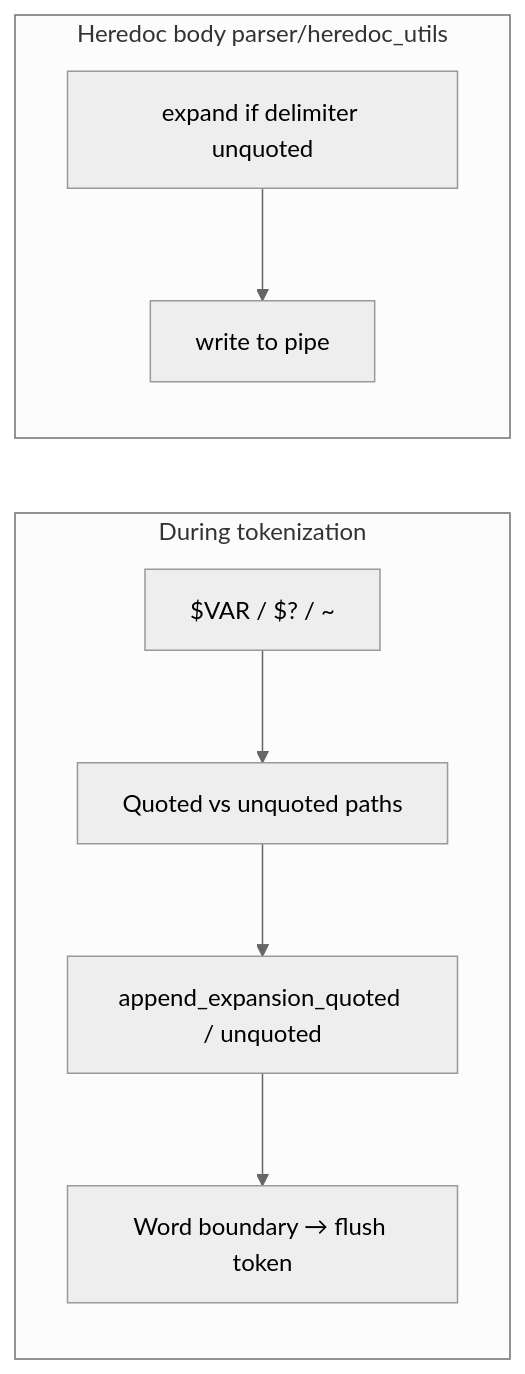
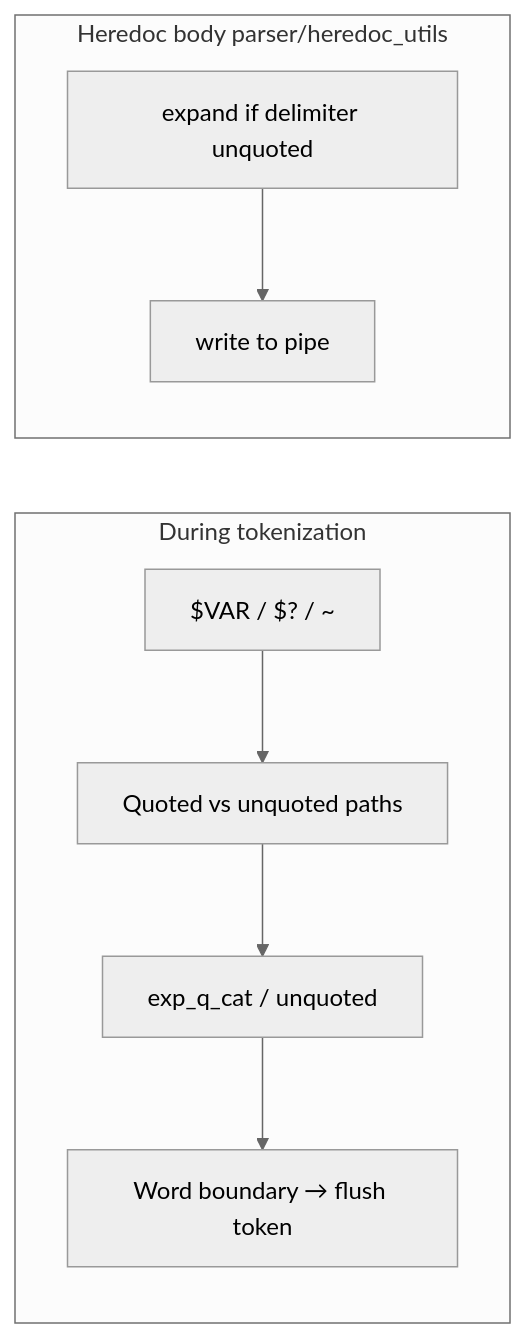
Before and after one commit to gkhavari/minishell: the seventh of 14 diagrams in docs/MINISHELL_ARCHITECTURE.md, drawn with Mermaid (neutral theme). The commit also changed other lines of this file and 56 other files, not shown here.

````diff
--- a/docs/MINISHELL_ARCHITECTURE.md
+++ b/docs/MINISHELL_ARCHITECTURE.md
@@ -522,11 +522,11 @@
 ```mermaid
 flowchart LR
     subgraph tok["During tokenization"]
         A[$VAR / $? / ~] --> B[Quoted vs unquoted paths]
-        B --> C[append_expansion_quoted / unquoted]
+        B --> C[exp_q_cat / unquoted]
         C --> D[Word boundary → flush token]
     end
     subgraph hd["Heredoc body parser/heredoc_utils"]
         H1[expand if delimiter unquoted] --> H2[write to pipe]
     end
 ```
````
